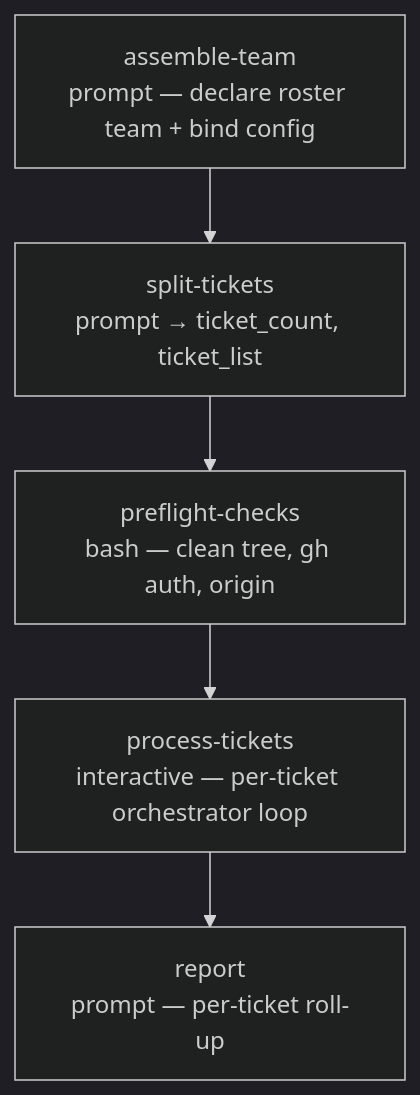
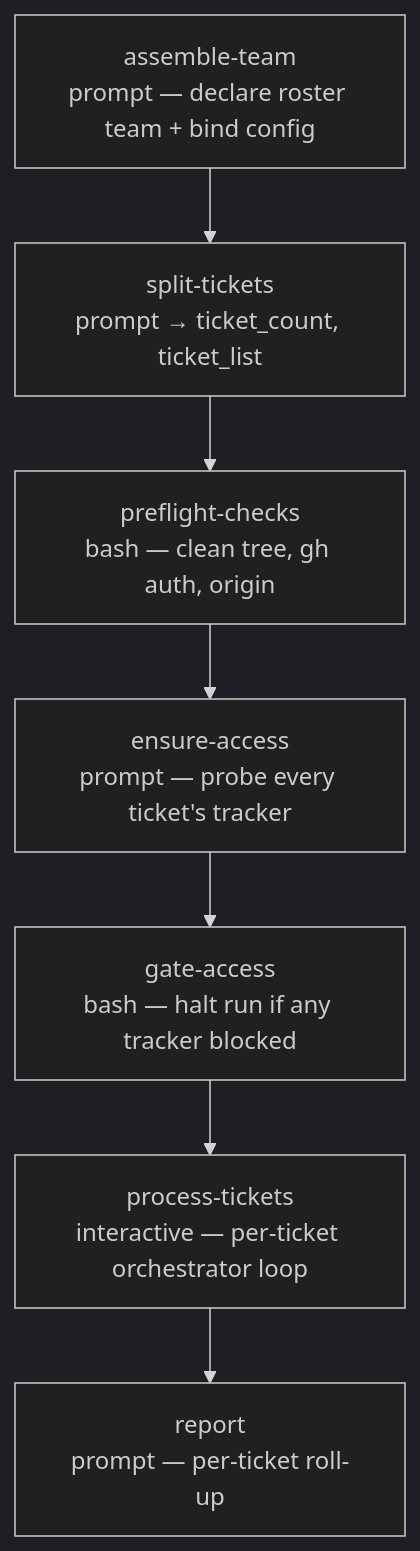
Before and after one commit to e1024kb/wise-claude: the diagram in plugins/wise/workflows/ticket-auto/README.md, drawn with Mermaid (dark theme). The commit also changed other lines of this file and 4 other files, not shown here.

First line of the commit message:
feat(wise): gate ticket-auto on tracker access, no graceful degrade (#19)

````diff
--- a/plugins/wise/workflows/ticket-auto/README.md
+++ b/plugins/wise/workflows/ticket-auto/README.md
@@ -65,7 +67,9 @@
 ```mermaid
 flowchart TD
     A[assemble-team<br/>prompt — declare roster team + bind config] --> B[split-tickets<br/>prompt → ticket_count, ticket_list]
     B --> C[preflight-checks<br/>bash — clean tree, gh auth, origin]
-    C --> D[process-tickets<br/>interactive — per-ticket orchestrator loop]
+    C --> G[ensure-access<br/>prompt — probe every ticket's tracker]
+    G --> H[gate-access<br/>bash — halt run if any tracker blocked]
+    H --> D[process-tickets<br/>interactive — per-ticket orchestrator loop]
     D --> E[report<br/>prompt — per-ticket roll-up]
 ```
````
